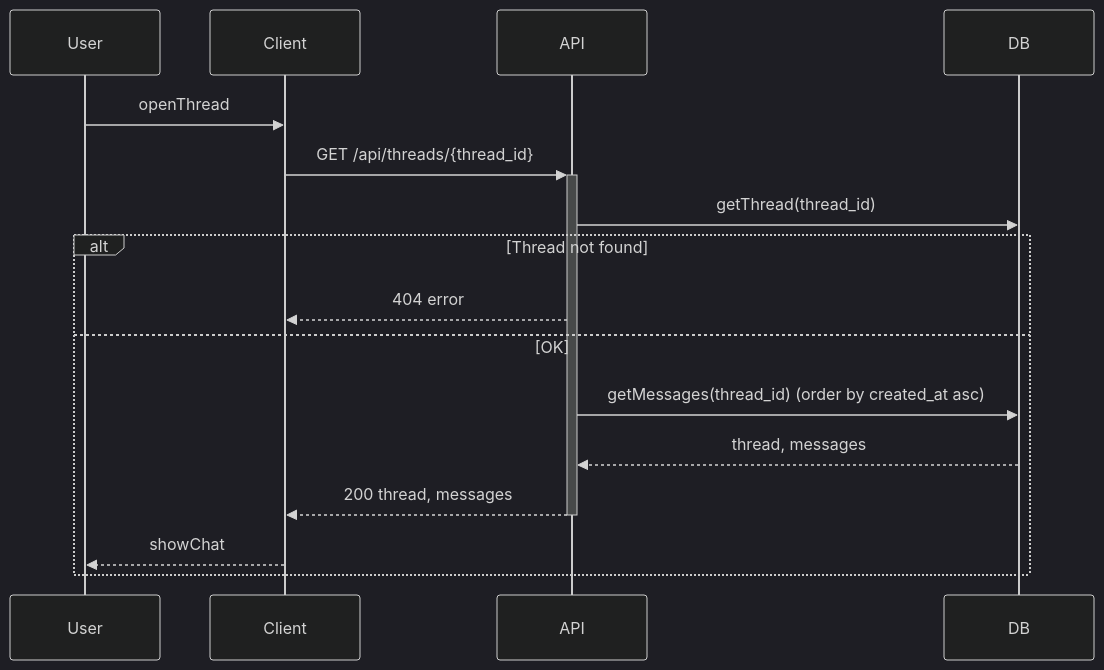
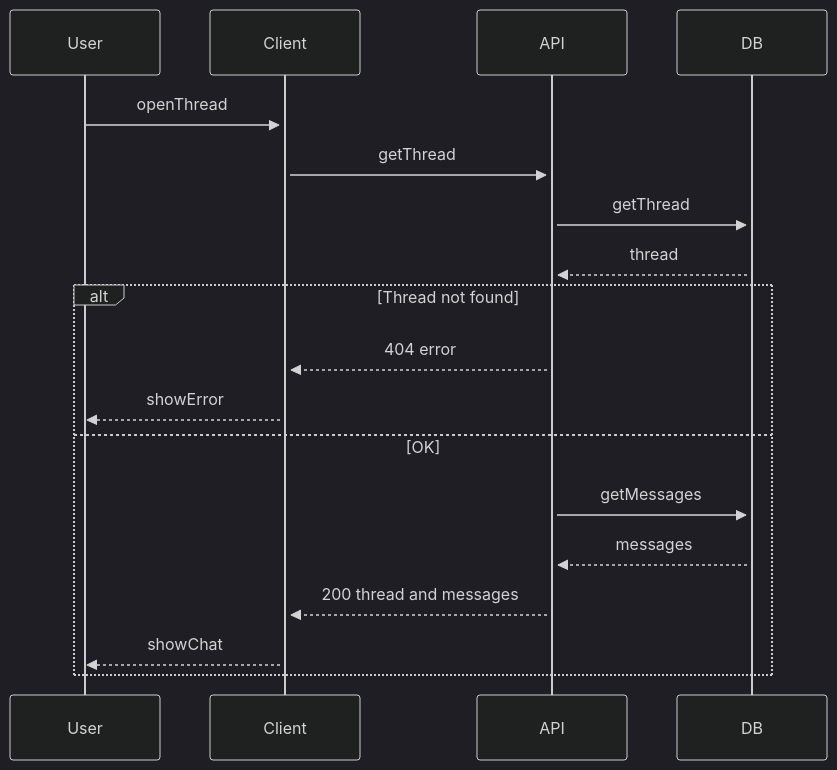
One commit to sandyleedev/student-mental-support-app changed the diagram in docs/sequence-get-thread.md. Above: the diagram before and after it, drawn with Mermaid (dark theme). The commit also changed 3 other files, not shown here.

````diff
--- a/docs/sequence-get-thread.md
+++ b/docs/sequence-get-thread.md
@@ -5,21 +5,22 @@
 ```mermaid
 sequenceDiagram
     participant User
     participant Client
     participant API
     participant DB
 
-    User->>Client: openThread
-    Client->>+API: GET /api/threads/{thread_id}
-
-    API->>DB: getThread(thread_id)
+    User->>+Client: openThread
+    Client->>+API: getThread
+    API->>+DB: getThread
+    DB-->>API: thread
 
     alt Thread not found
         API-->>Client: 404 error
+        Client-->>User: showError
     else OK
-        API->>DB: getMessages(thread_id) (order by created_at asc)
-        DB-->>API: thread, messages
-        API-->>-Client: 200 thread, messages
+        API->>+DB: getMessages
+        DB-->>API: messages
+        API-->>Client: 200 thread and messages
         Client-->>User: showChat
     end
 ```
````
